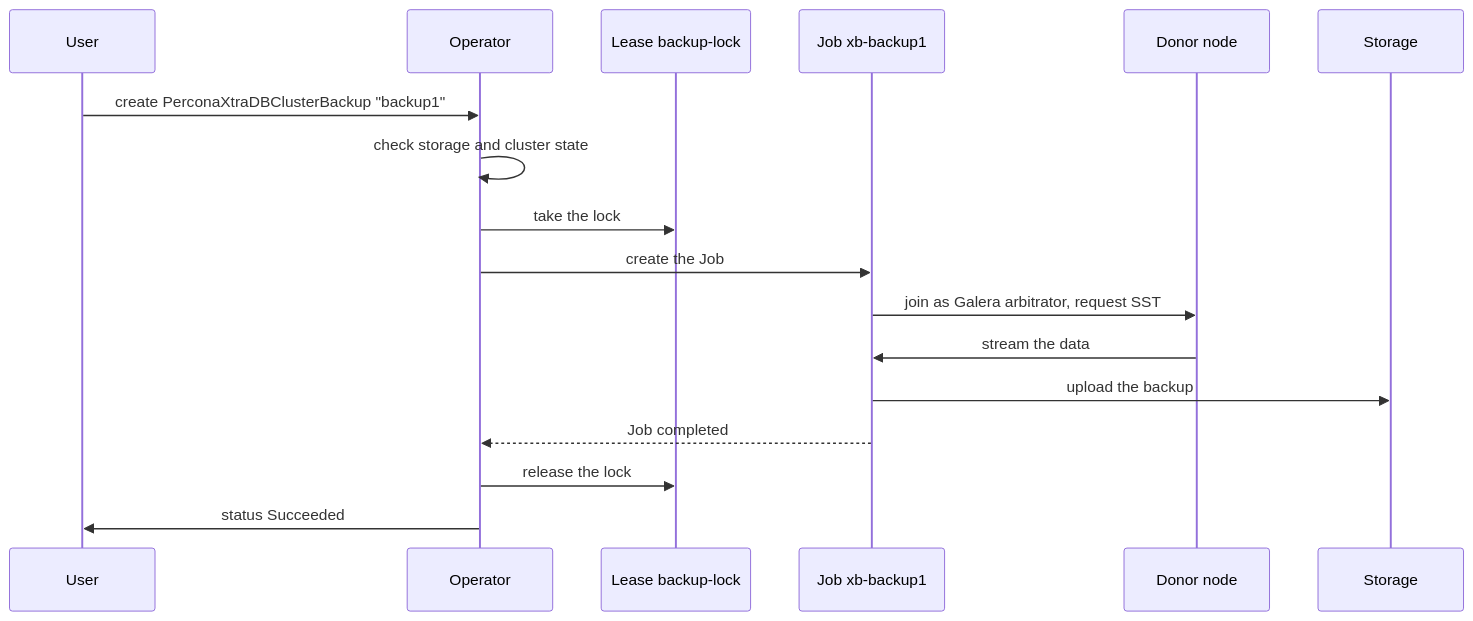
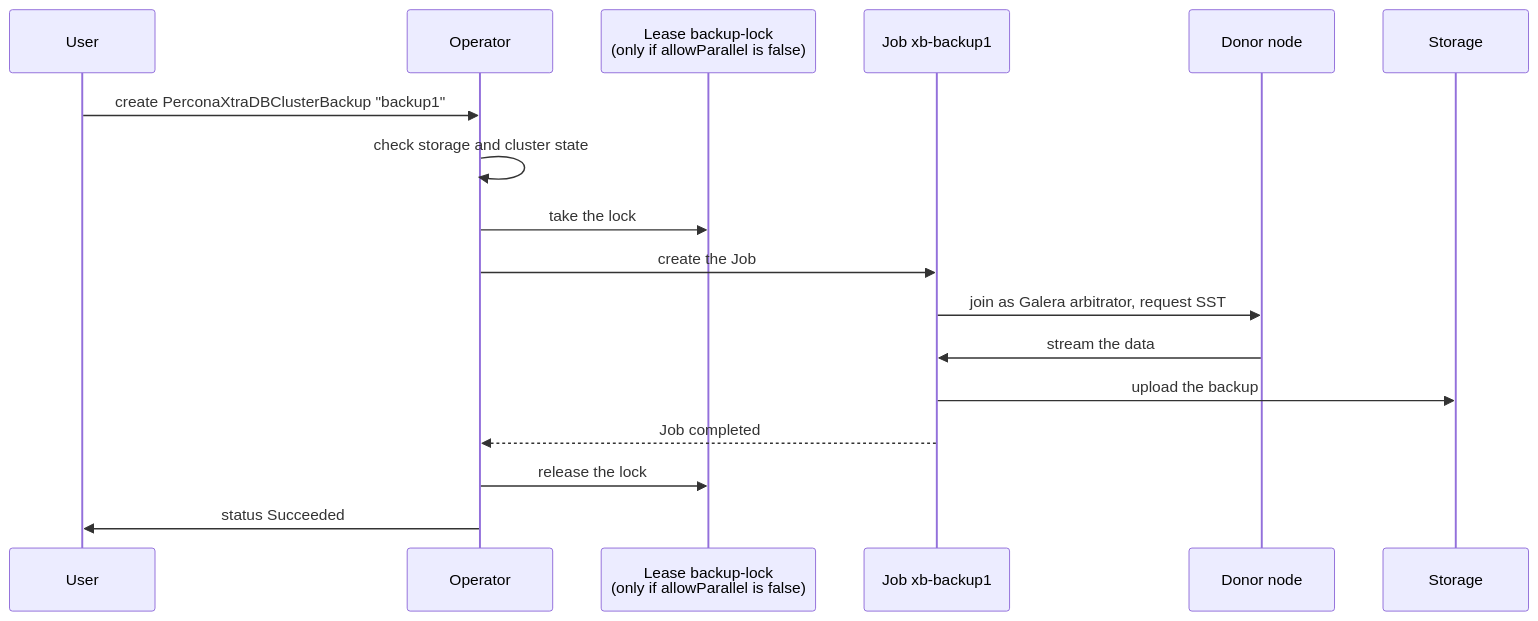
The second of 5 diagrams in docs/architecture-workflows.md (percona/k8spxc-docs), drawn with Mermaid before and after one commit. The commit also changed other lines of this file and 4 other files, not shown here.

````diff
--- a/docs/architecture-workflows.md
+++ b/docs/architecture-workflows.md
@@ -52,19 +52,19 @@
 ```mermaid
 sequenceDiagram
   participant U as User
   participant O as Operator
-  participant L as Lease backup-lock
+  participant L as Lease backup-lock<br/>(only if allowParallel is false)
   participant J as Job xb-backup1
   participant D as Donor node
   participant S as Storage
   U->>O: create PerconaXtraDBClusterBackup "backup1"
   O->>O: check storage and cluster state
   O->>L: take the lock
   O->>J: create the Job
   J->>D: join as Galera arbitrator, request SST
   D->>J: stream the data
   J->>S: upload the backup
   J-->>O: Job completed
   O->>L: release the lock
   O->>U: status Succeeded
 ```
````
